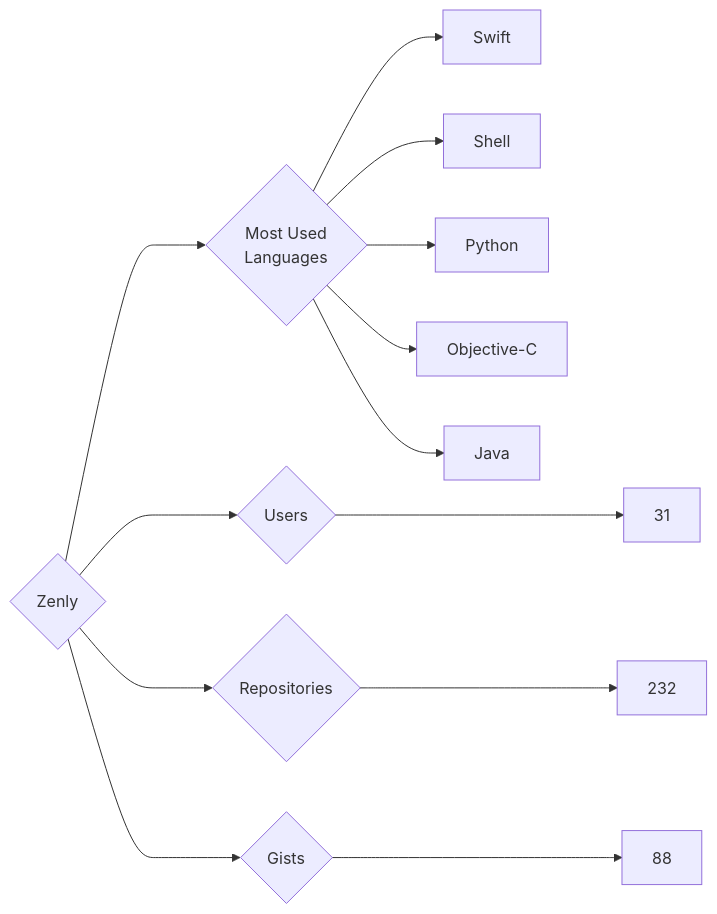
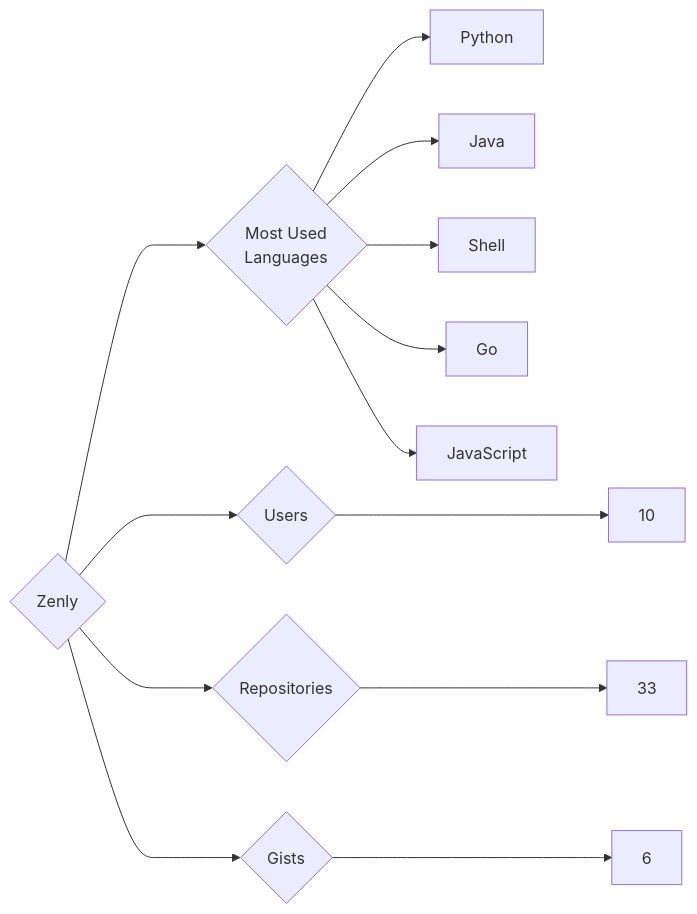
The diagram in targets/Zenly/README.md (trickest/insiders), drawn with Mermaid before and after one commit. The commit also changed 814 other files, not shown here.

````diff
--- a/targets/Zenly/README.md
+++ b/targets/Zenly/README.md
@@ -3,13 +3,13 @@
 ```mermaid
 graph LR
 COMPANY_NAME{Zenly}
-COMPANY_NAME ---> U{Users} ---> UN[31]
-COMPANY_NAME ---> R{Repositories} ---> RN[232]
-COMPANY_NAME ---> G{Gists} ---> GN[88]
+COMPANY_NAME ---> U{Users} ---> UN[10]
+COMPANY_NAME ---> R{Repositories} ---> RN[33]
+COMPANY_NAME ---> G{Gists} ---> GN[6]
 COMPANY_NAME ---> ML{Most Used<br>Languages}
-ML --> Swift[Swift]
+ML --> Python[Python]
+ML --> Java[Java]
 ML --> Shell[Shell]
-ML --> Python[Python]
-ML --> Objective-C[Objective-C]
-ML --> Java[Java]
+ML --> Go[Go]
+ML --> JavaScript[JavaScript]
 ```
````
